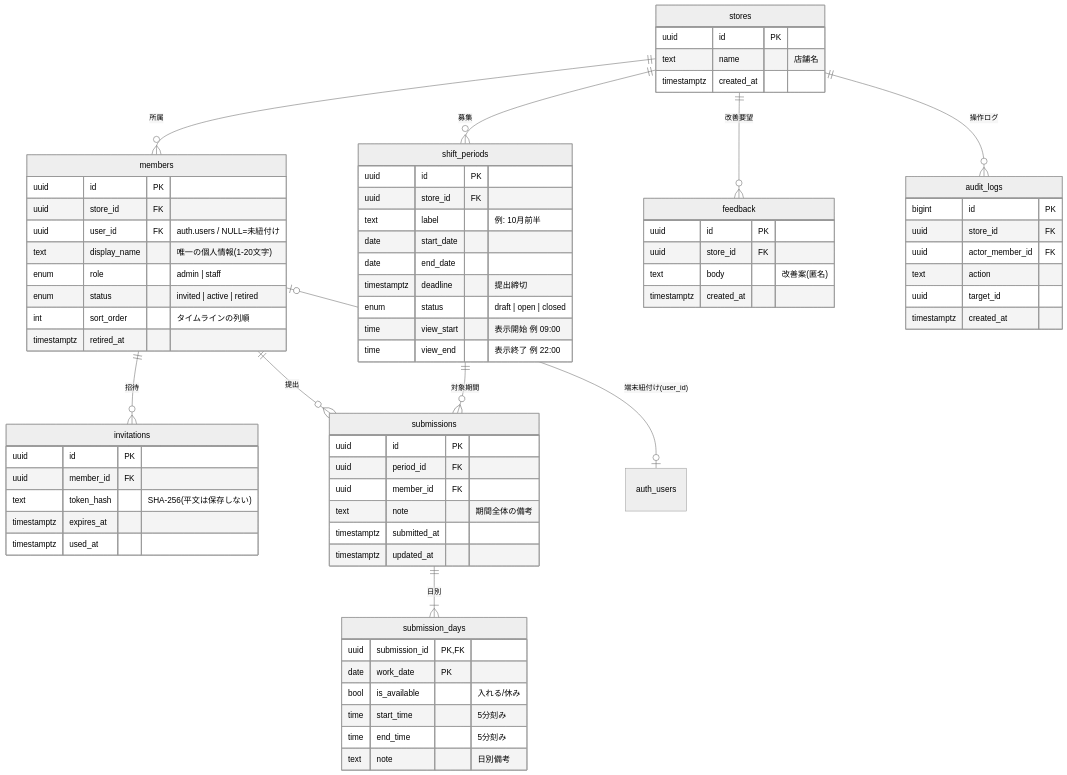
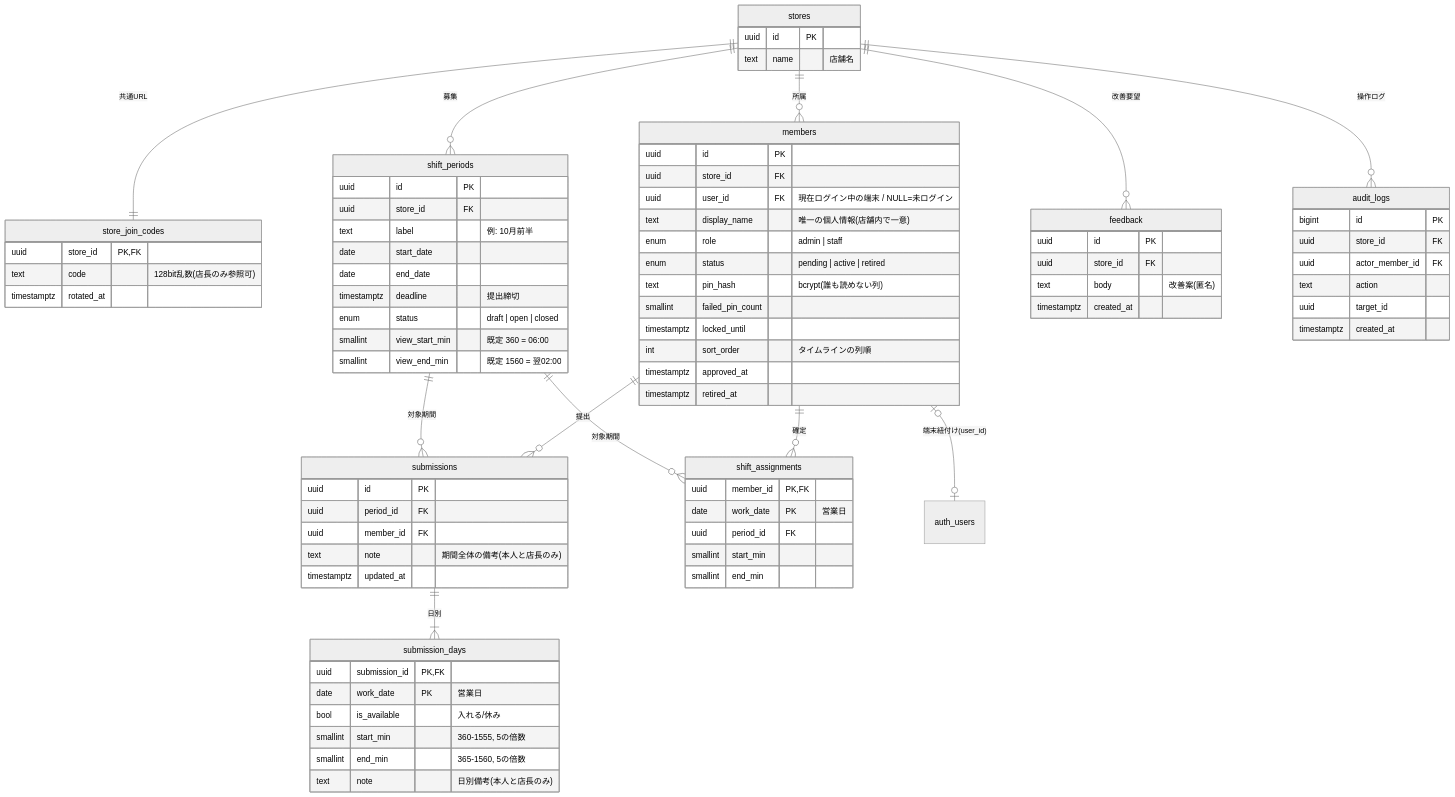
One commit to RuiKougyo/Cocos changed the second of 5 diagrams in docs/design.md. Above: the diagram before and after it, drawn with Mermaid (neutral theme). The commit also changed other lines of this file and 4 other files, not shown here.

````diff
--- a/docs/design.md
+++ b/docs/design.md
@@ -91,36 +109,39 @@
 ```mermaid
 erDiagram
+  stores ||--|| store_join_codes : "共通URL"
   stores ||--o{ members : "所属"
   stores ||--o{ shift_periods : "募集"
   stores ||--o{ feedback : "改善要望"
   stores ||--o{ audit_logs : "操作ログ"
-  members ||--o{ invitations : "招待"
   members ||--o{ submissions : "提出"
+  members ||--o{ shift_assignments : "確定"
   shift_periods ||--o{ submissions : "対象期間"
+  shift_periods ||--o{ shift_assignments : "対象期間"
   submissions ||--|{ submission_days : "日別"
   members |o--o| auth_users : "端末紐付け(user_id)"
 
   stores {
     uuid id PK
     text name "店舗名"
-    timestamptz created_at
+  }
+  store_join_codes {
+    uuid store_id PK,FK
+    text code "128bit乱数(店長のみ参照可)"
+    timestamptz rotated_at
   }
   members {
     uuid id PK
     uuid store_id FK
-    uuid user_id FK "auth.users / NULL=未紐付け"
-    text display_name "唯一の個人情報(1-20文字)"
+    uuid user_id FK "現在ログイン中の端末 / NULL=未ログイン"
+    text display_name "唯一の個人情報(店舗内で一意)"
     enum role "admin | staff"
-    enum status "invited | active | retired"
+    enum status "pending | active | retired"
+    text pin_hash "bcrypt(誰も読めない列)"
+    smallint failed_pin_count
+    timestamptz locked_until
     int sort_order "タイムラインの列順"
+    timestamptz approved_at
     timestamptz retired_at
-  }
-  invitations {
-    uuid id PK
-    uuid member_id FK
-    text token_hash "SHA-256(平文は保存しない)"
-    timestamptz expires_at
-    timestamptz used_at
   }
   shift_periods {
     uuid id PK
@@ -130,24 +151,30 @@
     date end_date
     timestamptz deadline "提出締切"
     enum status "draft | open | closed"
-    time view_start "表示開始 例 09:00"
-    time view_end "表示終了 例 22:00"
+    smallint view_start_min "既定 360 = 06:00"
+    smallint view_end_min "既定 1560 = 翌02:00"
   }
   submissions {
     uuid id PK
     uuid period_id FK
     uuid member_id FK
-    text note "期間全体の備考"
-    timestamptz submitted_at
+    text note "期間全体の備考(本人と店長のみ)"
     timestamptz updated_at
   }
   submission_days {
     uuid submission_id PK,FK
-    date work_date PK
+    date work_date PK "営業日"
     bool is_available "入れる/休み"
-    time start_time "5分刻み"
-    time end_time "5分刻み"
-    text note "日別備考"
+    smallint start_min "360-1555, 5の倍数"
+    smallint end_min "365-1560, 5の倍数"
+    text note "日別備考(本人と店長のみ)"
+  }
+  shift_assignments {
+    uuid member_id PK,FK
+    date work_date PK "営業日"
+    uuid period_id FK
+    smallint start_min
+    smallint end_min
   }
   feedback {
     uuid id PK
````
